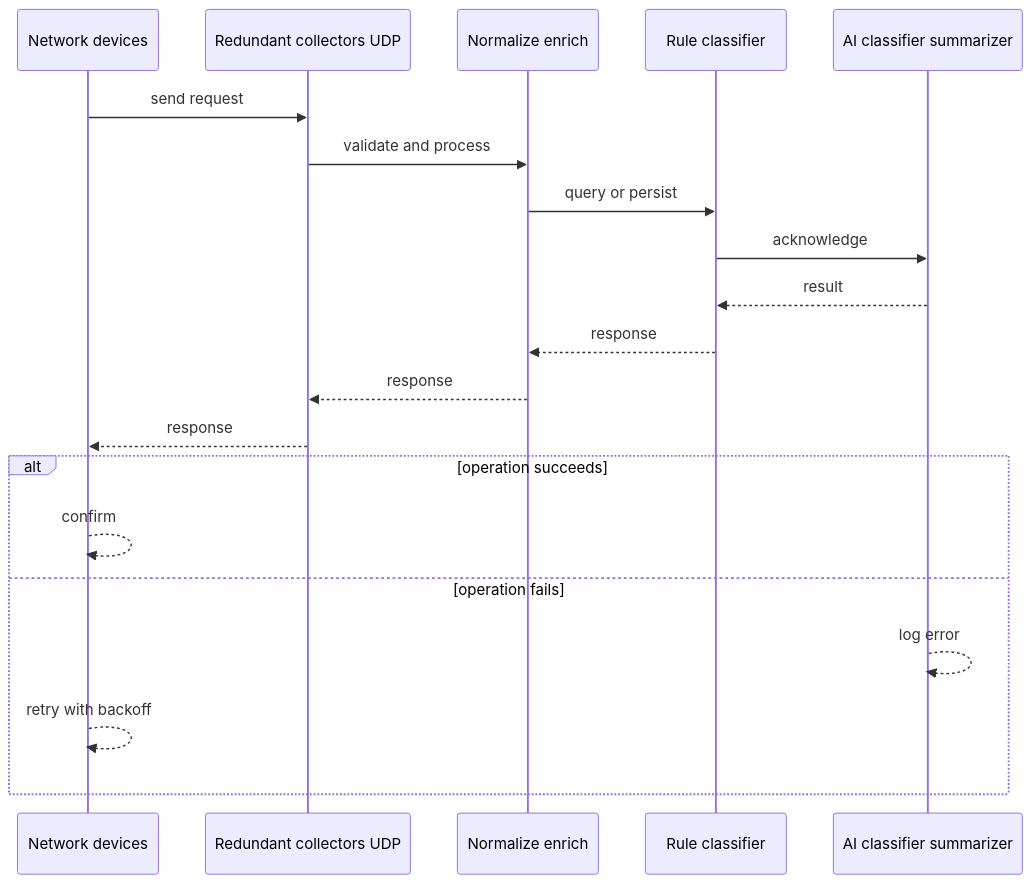
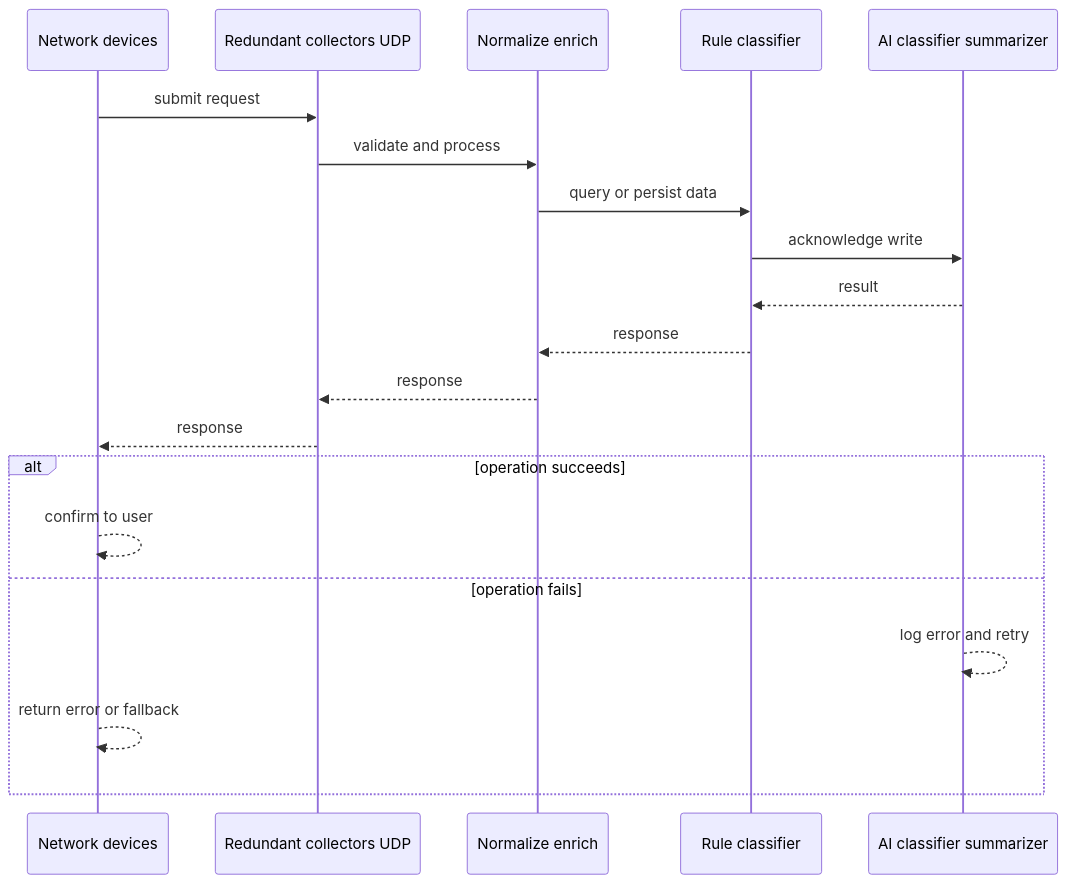
The second of 4 diagrams in case-studies/network-ai-systems/intelligent-syslog-monitoring.md (RIT-MESH/system-design-mastery), drawn with Mermaid before and after one commit. The commit also changed other lines of this file and 127 other files, not shown here.

First line of the commit message:
Improve all case study diagrams: case-specific sequences, fix truncated labels

````diff
--- a/case-studies/network-ai-systems/intelligent-syslog-monitoring.md
+++ b/case-studies/network-ai-systems/intelligent-syslog-monitoring.md
@@ -84,23 +84,23 @@
 ```mermaid
 %% created-for: system-design-mastery
 sequenceDiagram
-  participant C0 as Network devices
-  participant C1 as Redundant collectors UDP
-  participant C2 as Normalize enrich
-  participant C3 as Rule classifier
-  participant C4 as AI classifier summarizer
-  C0 ->> C1: send request
-  C1 ->> C2: validate and process
-  C2 ->> C3: query or persist
-  C3 ->> C4: acknowledge
-  C4 -->> C3: result
-  C3 -->> C2: response
-  C2 -->> C1: response
-  C1 -->> C0: response
+  participant P0 as Network devices
+  participant P1 as Redundant collectors UDP
+  participant P2 as Normalize enrich
+  participant P3 as Rule classifier
+  participant P4 as AI classifier summarizer
+  P0 ->> P1: submit request
+  P1 ->> P2: validate and process
+  P2 ->> P3: query or persist data
+  P3 ->> P4: acknowledge write
+  P4 -->> P3: result
+  P3 -->> P2: response
+  P2 -->> P1: response
+  P1 -->> P0: response
   alt operation succeeds
-    C0 -->> C0: confirm
+    P0 -->> P0: confirm to user
   else operation fails
-    C4 -->> C4: log error
-    C0 -->> C0: retry with backoff
+    P4 -->> P4: log error and retry
+    P0 -->> P0: return error or fallback
   end
 ```
````
